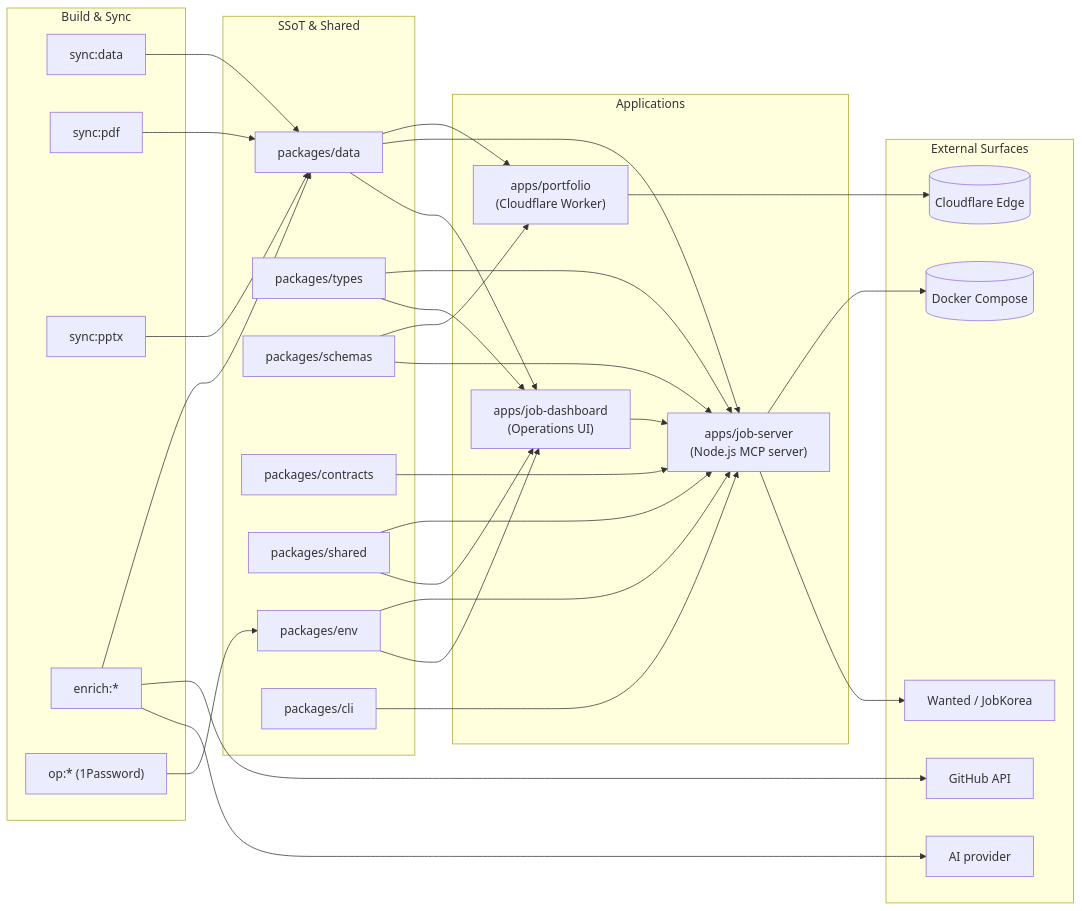
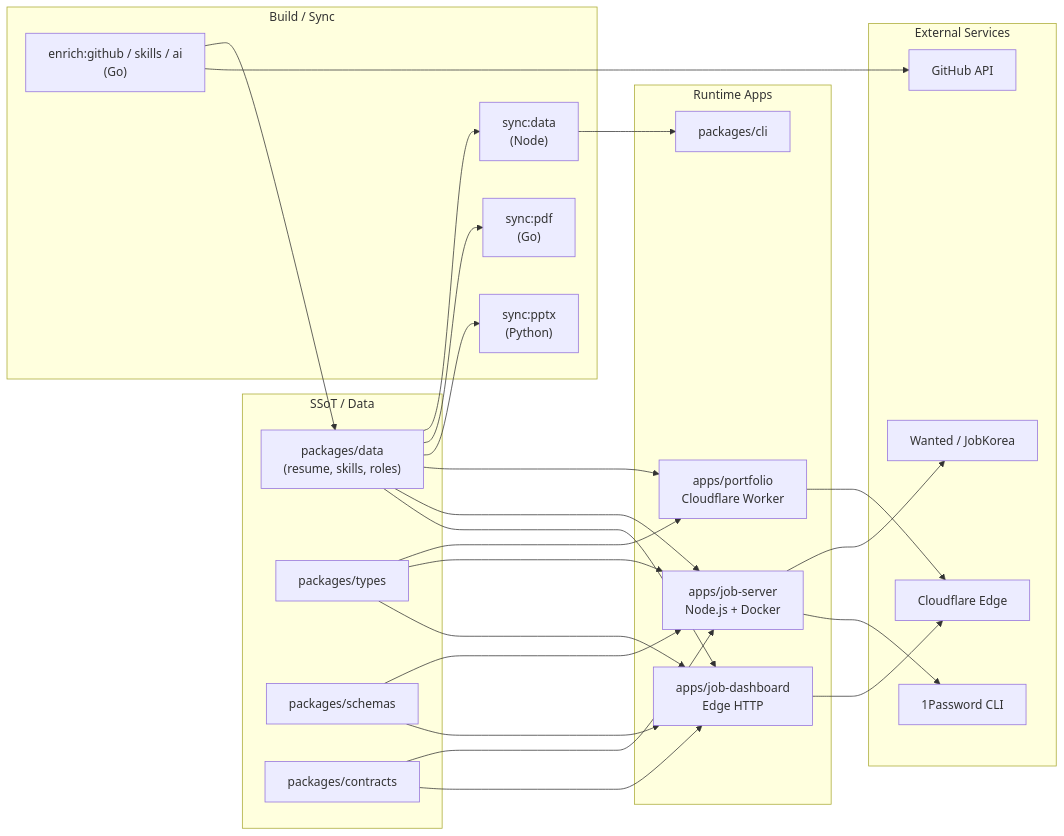
The diagram in README.md (jclee941/resume), drawn with Mermaid before and after one commit. The commit also changed other lines of this file, not shown here.

````diff
--- a/README.md
+++ b/README.md
@@ -67,61 +85,52 @@
 ```mermaid
 flowchart LR
-  subgraph SSoT["SSoT &amp; Shared"]
-    Data["packages/data"]
+  subgraph SSoT["SSoT / Data"]
+    Data["packages/data<br/>(resume, skills, roles)"]
     Types["packages/types"]
     Schemas["packages/schemas"]
     Contracts["packages/contracts"]
-    Shared["packages/shared"]
-    Env["packages/env"]
+  end
+
+  subgraph Build["Build / Sync"]
+    SyncData["sync:data<br/>(Node)"]
+    SyncPDF["sync:pdf<br/>(Go)"]
+    SyncPPTX["sync:pptx<br/>(Python)"]
+    Enrich["enrich:github / skills / ai<br/>(Go)"]
+  end
+
+  subgraph Runtime["Runtime Apps"]
+    Portfolio["apps/portfolio<br/>Cloudflare Worker"]
+    JobServer["apps/job-server<br/>Node.js + Docker"]
+    JobDashboard["apps/job-dashboard<br/>Edge HTTP"]
     CLI["packages/cli"]
   end
 
-  subgraph Apps["Applications"]
-    Portfolio["apps/portfolio<br/>(Cloudflare Worker)"]
-    JobServer["apps/job-server<br/>(Node.js MCP server)"]
-    JobDashboard["apps/job-dashboard<br/>(Operations UI)"]
+  subgraph External["External Services"]
+    CF["Cloudflare Edge"]
+    OneP["1Password CLI"]
+    Wanted["Wanted / JobKorea"]
+    GH["GitHub API"]
   end
 
-  subgraph Tooling["Build &amp; Sync"]
-    SyncData["sync:data"]
-    SyncPDF["sync:pdf"]
-    SyncPPTX["sync:pptx"]
-    Enrich["enrich:*"]
-    OnePwd["op:* (1Password)"]
-  end
-
-  subgraph External["External Surfaces"]
-    CFE[("Cloudflare Edge")]
-    Docker[("Docker Compose")]
-    Sites["Wanted / JobKorea"]
-    GH["GitHub API"]
-    LLM["AI provider"]
-  end
-
+  Data --> SyncData
+  Data --> SyncPDF
+  Data --> SyncPPTX
   Data --> Portfolio
   Data --> JobServer
   Data --> JobDashboard
-  Schemas --> Portfolio
-  Schemas --> JobServer
+  Enrich --> Data
+  Types --> Portfolio
   Types --> JobServer
   Types --> JobDashboard
-  Shared --> JobServer
-  Shared --> JobDashboard
+  Schemas --> JobServer
+  Schemas --> JobDashboard
   Contracts --> JobServer
-  Env --> JobServer
-  Env --> JobDashboard
-  CLI --> JobServer
+  Contracts --> JobDashboard
 
-  SyncData --> Data
-  SyncPDF --> Data
-  SyncPPTX --> Data
-  Enrich --> Data
-  OnePwd --> Env
-
-  Portfolio --> CFE
-  JobServer --> Docker
-  JobServer --> Sites
+  Portfolio --> CF
+  JobServer --> Wanted
+  JobServer --> OneP
+  JobDashboard --> CF
+  SyncData --> CLI
   Enrich --> GH
-  Enrich --> LLM
-  JobDashboard --> JobServer
 ```
````
